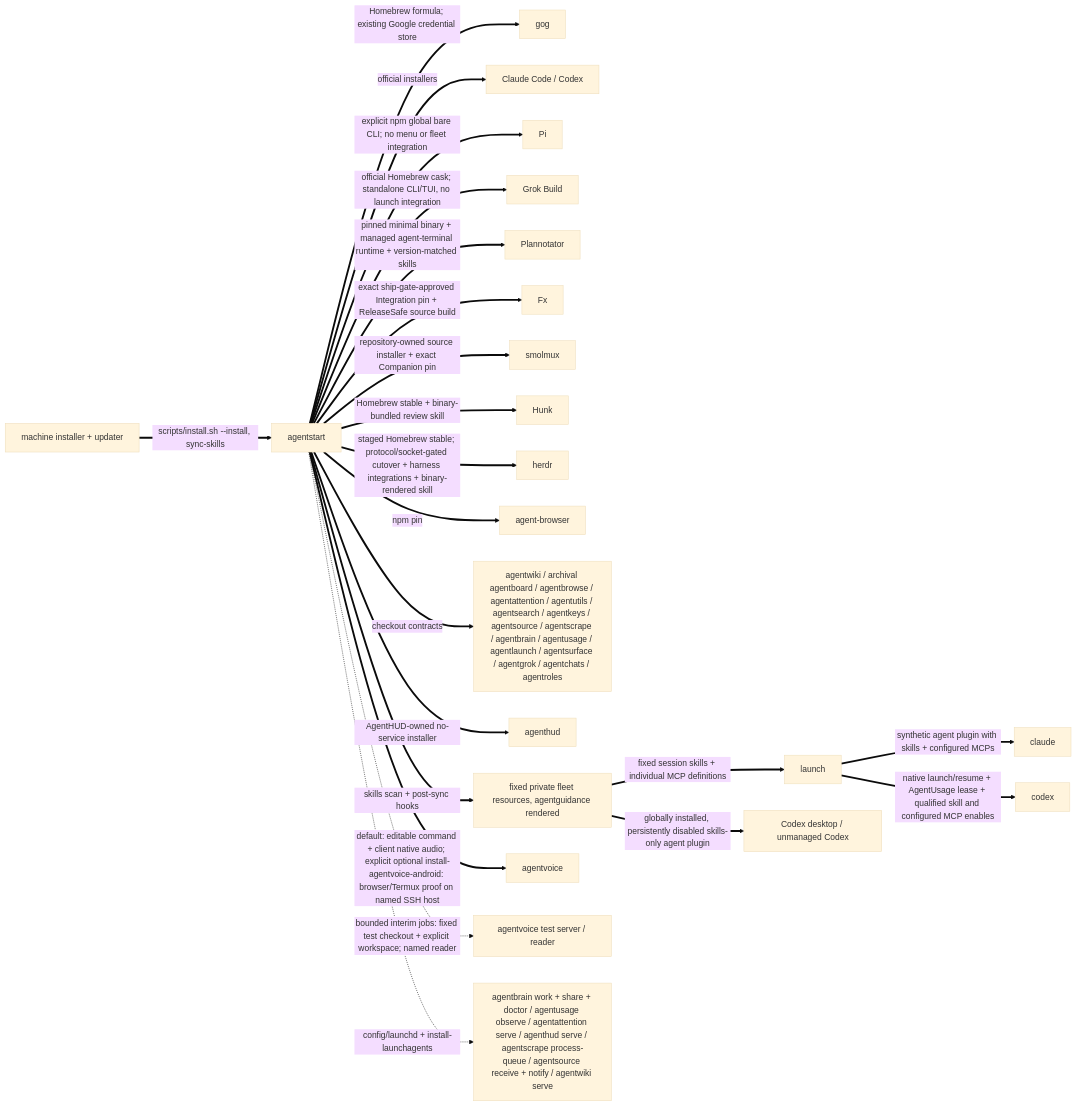
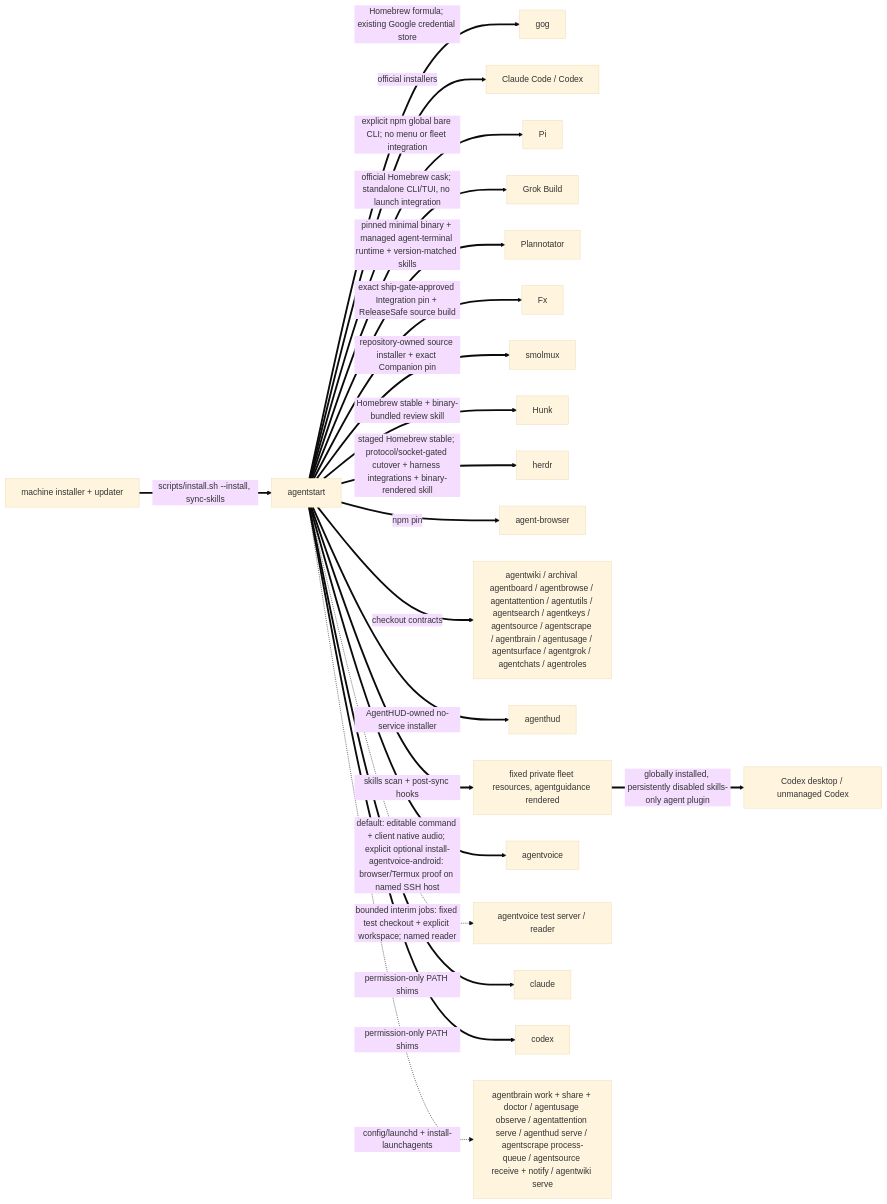
Before and after one commit to possibilities/agentstart: the second of 3 diagrams in skills/fleet/MAP.md, drawn with Mermaid (base theme). The commit also changed other lines of this file and 25 other files, not shown here.

Commit message:
Retire AgentLaunch harness routing

````diff
--- a/skills/fleet/MAP.md
+++ b/skills/fleet/MAP.md
@@ -111,27 +104,25 @@
 ```mermaid
 flowchart LR
     machine[machine installer + updater]
     start[agentstart]
 
     machine ==>|scripts/install.sh --install, sync-skills| start
     start ==>|Homebrew formula; existing Google credential store| gog
     start ==>|official installers| harnesses[Claude Code / Codex]
     start ==>|explicit npm global bare CLI; no menu or fleet integration| pi[Pi]
     start ==>|official Homebrew cask; standalone CLI/TUI, no launch integration| grok[Grok Build]
     start ==>|pinned minimal binary + managed agent-terminal runtime + version-matched skills| plannotator[Plannotator]
     start ==>|exact ship-gate-approved Integration pin + ReleaseSafe source build| fx[Fx]
     start ==>|repository-owned source installer + exact Companion pin| smolmuxInstall[smolmux]
     start ==>|Homebrew stable + binary-bundled review skill| hunk[Hunk]
     start ==>|staged Homebrew stable; protocol/socket-gated cutover + harness integrations + binary-rendered skill| herdrInstall[herdr]
     start ==>|npm pin| browser[agent-browser]
-    start ==>|checkout contracts| fleet[agentwiki / archival agentboard / agentbrowse / agentattention / agentutils / agentsearch / agentkeys / agentsource / agentscrape / agentbrain / agentusage / agentlaunch / agentsurface / agentgrok / agentchats / agentroles]
+    start ==>|checkout contracts| fleet[agentwiki / archival agentboard / agentbrowse / agentattention / agentutils / agentsearch / agentkeys / agentsource / agentscrape / agentbrain / agentusage / agentsurface / agentgrok / agentchats / agentroles]
     start ==>|AgentHUD-owned no-service installer| hudInstall[agenthud]
     start ==>|skills scan + post-sync hooks| skills[fixed private fleet resources, agentguidance rendered]
     start ==>|default: editable command + client native audio; explicit optional install-agentvoice-android: browser/Termux proof on named SSH host| voiceInstall[agentvoice]
     start -.->|bounded interim jobs: fixed test checkout + explicit workspace; named reader| voiceTest[agentvoice test server / reader]
-    skills ==>|fixed session skills + individual MCP definitions| launch
-    launch ==>|synthetic agent plugin with skills + configured MCPs| claude
-    launch ==>|native launch/resume + AgentUsage lease + qualified skill and configured MCP enables| codex
+    start ==>|permission-only PATH shims| claude & codex
     skills ==>|globally installed, persistently disabled skills-only agent plugin| codexDesktop[Codex desktop / unmanaged Codex]
     start -.->|config/launchd + install-launchagents| services[agentbrain work + share + doctor / agentusage observe / agentattention serve / agenthud serve / agentscrape process-queue / agentsource receive + notify / agentwiki serve]
 ```
````
